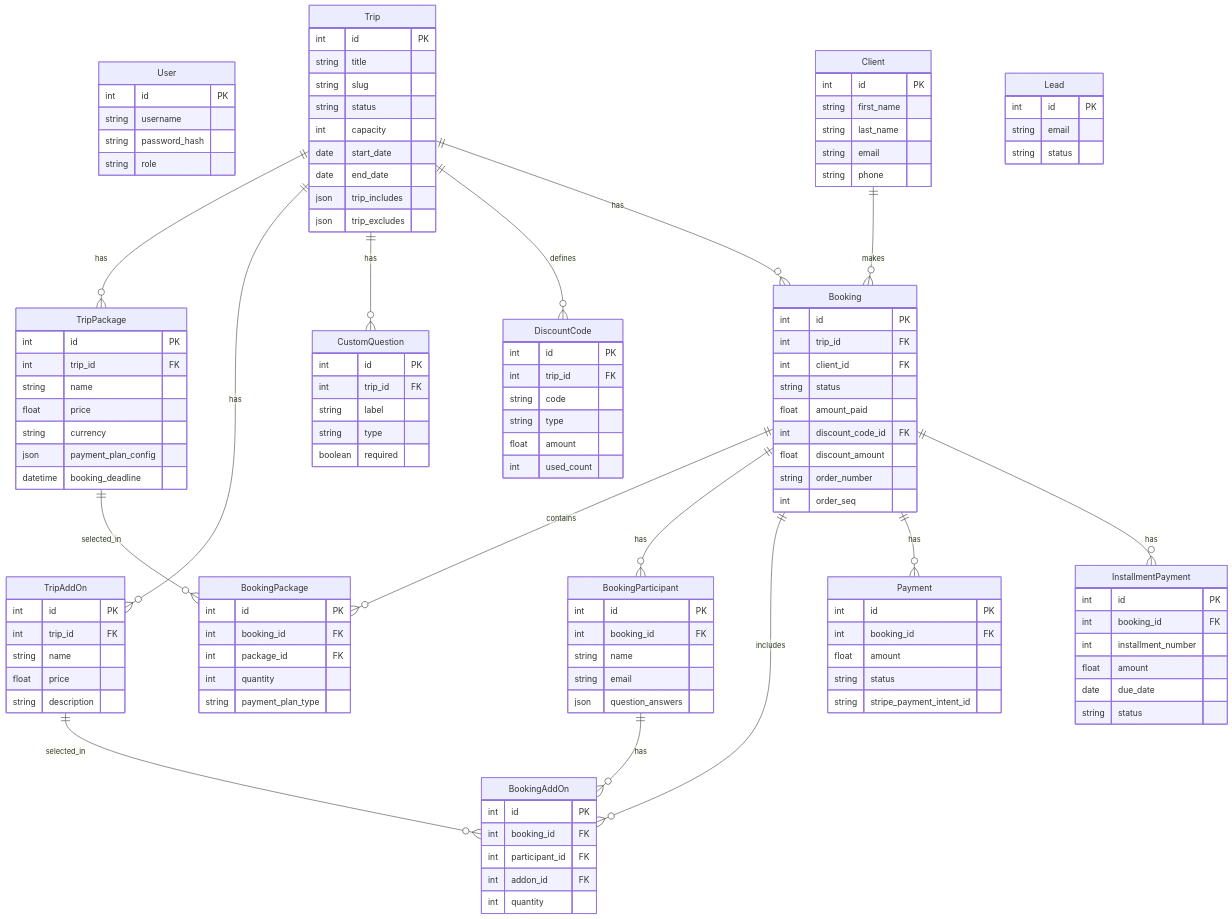
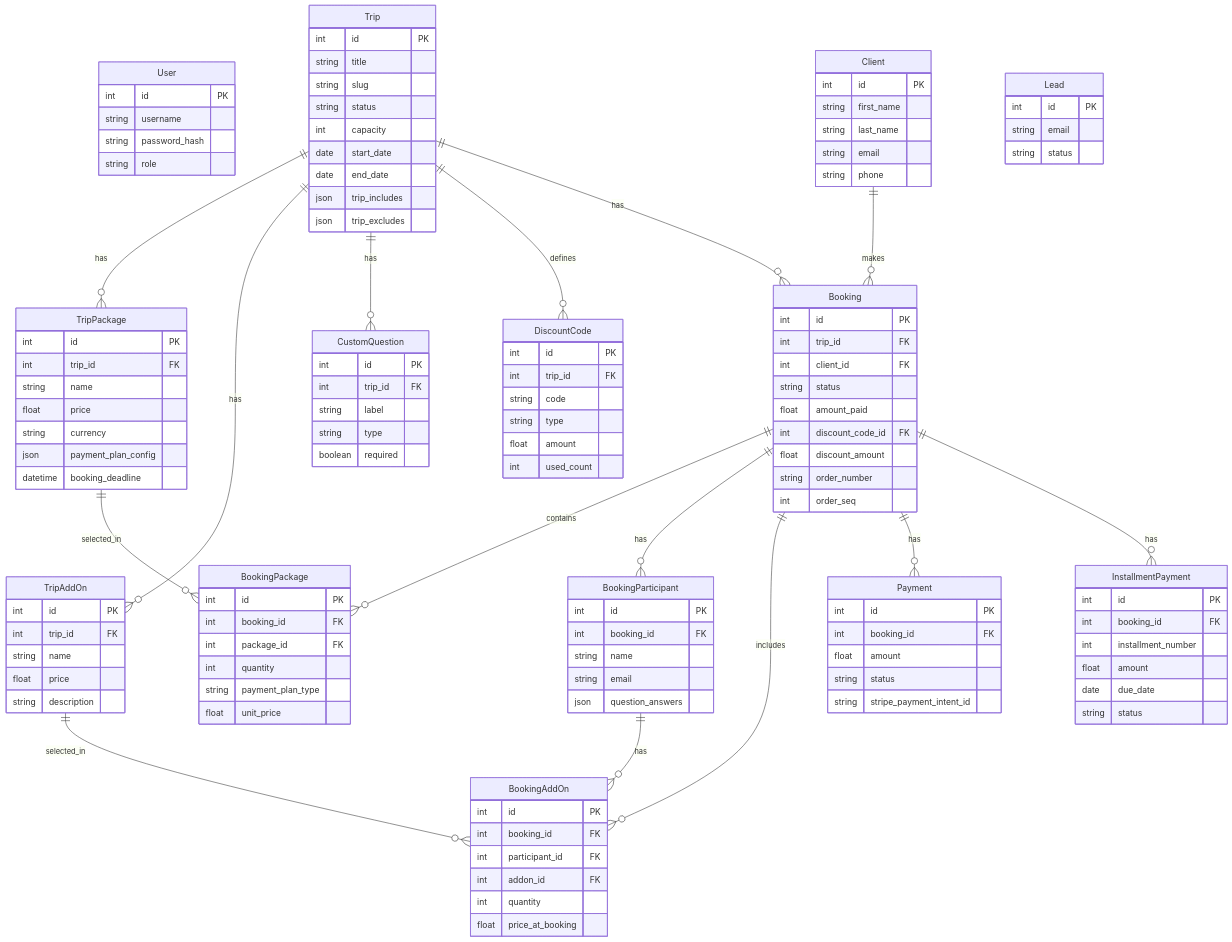
One commit to Arafat0319/nhtours changed the first of 2 diagrams in context/02_数据库设计.md. Above: the diagram before and after it, drawn with Mermaid. The commit also changed other lines of this file and 37 other files, not shown here.

```diff
--- a/context/02_数据库设计.md
+++ b/context/02_数据库设计.md
@@ -87,6 +87,7 @@
         int package_id FK
         int quantity
         string payment_plan_type
+        float unit_price
     }
     BookingParticipant {
         int id PK
@@ -101,6 +102,7 @@
         int participant_id FK
         int addon_id FK
         int quantity
+        float price_at_booking
     }
     Payment {
         int id PK
```
